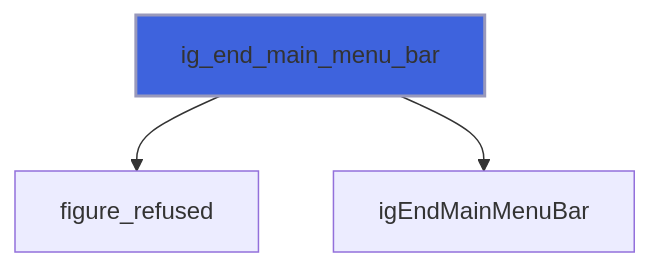
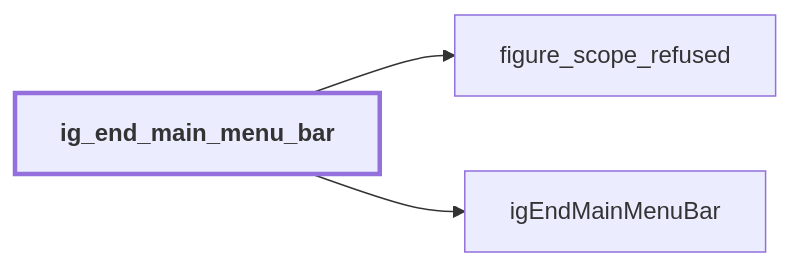
One commit to szaghi/figure changed the second of 16 diagrams in docs/api/src/lib/figure_menu.md. Above: the diagram before and after it, drawn with Mermaid. The commit also changed other lines of this file and 54 other files, not shown here.

````diff
--- a/docs/api/src/lib/figure_menu.md
+++ b/docs/api/src/lib/figure_menu.md
@@ -64,6 +79,9 @@
 ```mermaid
-flowchart TD
-  ig_end_main_menu_bar["ig_end_main_menu_bar"] --> figure_refused["figure_refused"]
+flowchart LR
+  ig_end_main_menu_bar["ig_end_main_menu_bar"] --> figure_scope_refused["figure_scope_refused"]
   ig_end_main_menu_bar["ig_end_main_menu_bar"] --> igEndMainMenuBar["igEndMainMenuBar"]
-  style ig_end_main_menu_bar fill:#3e63dd,stroke:#99b,stroke-width:2px
+  classDef focus stroke-width:3px,font-weight:bold
+  class ig_end_main_menu_bar focus
+  click figure_scope_refused href "figure_base.html#figure-scope-refused" "figure_scope_refused"
+  click igEndMainMenuBar href "figure_cimgui.html#igendmainmenubar" "igEndMainMenuBar"
 ```
````
